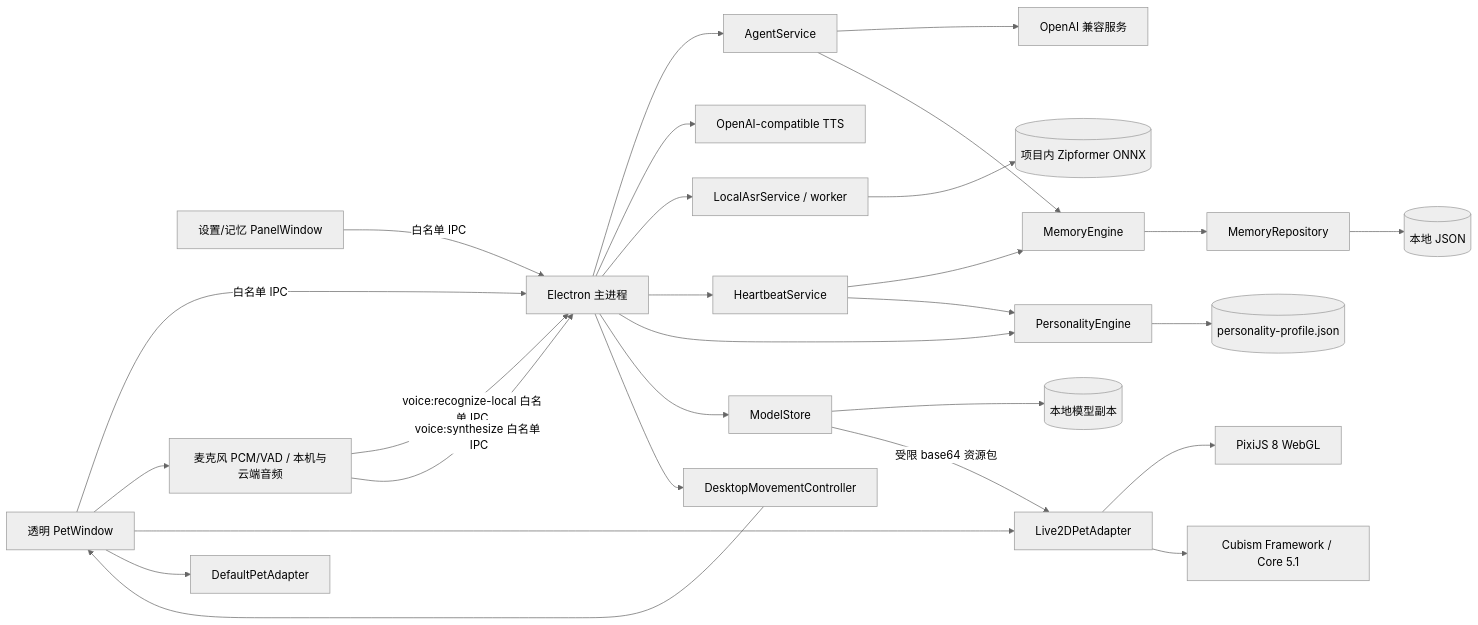
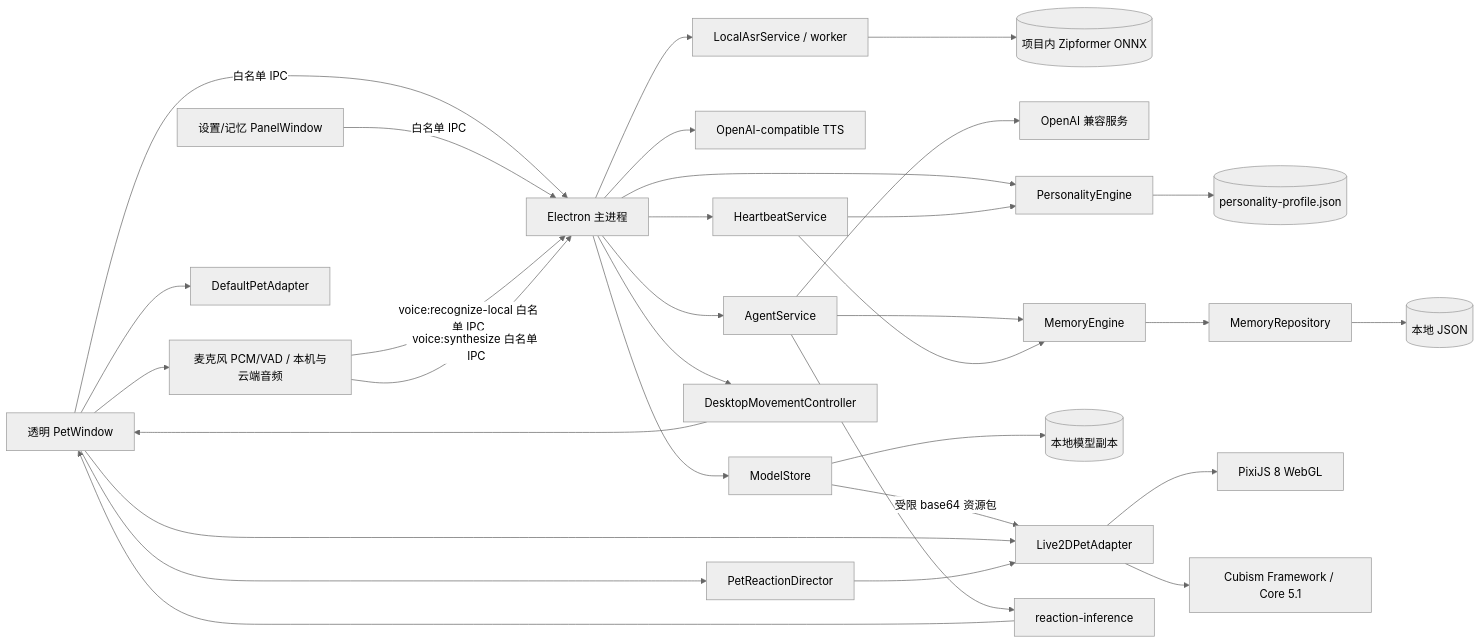
Before and after one commit to MonsterN58/memory-pet-agent: the first of 4 diagrams in docs/ARCHITECTURE.md, drawn with Mermaid (neutral theme). The commit also changed other lines of this file and 3 other files, not shown here.

````diff
--- a/docs/ARCHITECTURE.md
+++ b/docs/ARCHITECTURE.md
@@ -5,30 +5,34 @@
 ```mermaid
 flowchart LR
   UI[透明 PetWindow] -->|白名单 IPC| Main[Electron 主进程]
   Panel[设置/记忆 PanelWindow] -->|白名单 IPC| Main
   Main --> Agent[AgentService]
   Main --> TTS[OpenAI-compatible TTS]
   Main --> ASR[LocalAsrService / worker]
   ASR --> ASRModel[(项目内 Zipformer ONNX)]
   Main --> Heartbeat[HeartbeatService]
   Agent --> Provider[OpenAI 兼容服务]
   Agent --> Memory[MemoryEngine]
   Heartbeat --> Memory
   Main --> Personality[PersonalityEngine]
   Heartbeat --> Personality
   Personality --> PersonalityStore[(personality-profile.json)]
   Memory --> Repo[MemoryRepository]
   Repo --> Disk[(本地 JSON)]
   Main --> ModelStore[ModelStore]
   ModelStore --> ModelDisk[(本地模型副本)]
   ModelStore -->|受限 base64 资源包| Live2DModel[Live2DPetAdapter]
   Live2DModel --> Pixi[PixiJS 8 WebGL]
   Live2DModel --> Cubism[Cubism Framework / Core 5.1]
   UI --> Voice[麦克风 PCM/VAD / 本机与云端音频]
   Voice -->|voice:recognize-local 白名单 IPC| Main
   Voice -->|voice:synthesize 白名单 IPC| Main
   UI --> Live2DModel
   UI --> Fallback[DefaultPetAdapter]
   Main --> Move[DesktopMovementController]
   Move --> UI
+  Agent --> Reaction[reaction-inference]
+  Reaction --> UI
+  UI --> Director[PetReactionDirector]
+  Director --> Live2DModel
 ```
````
